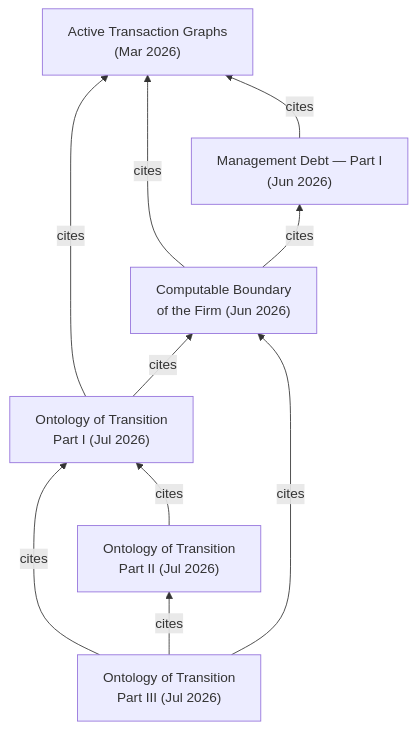
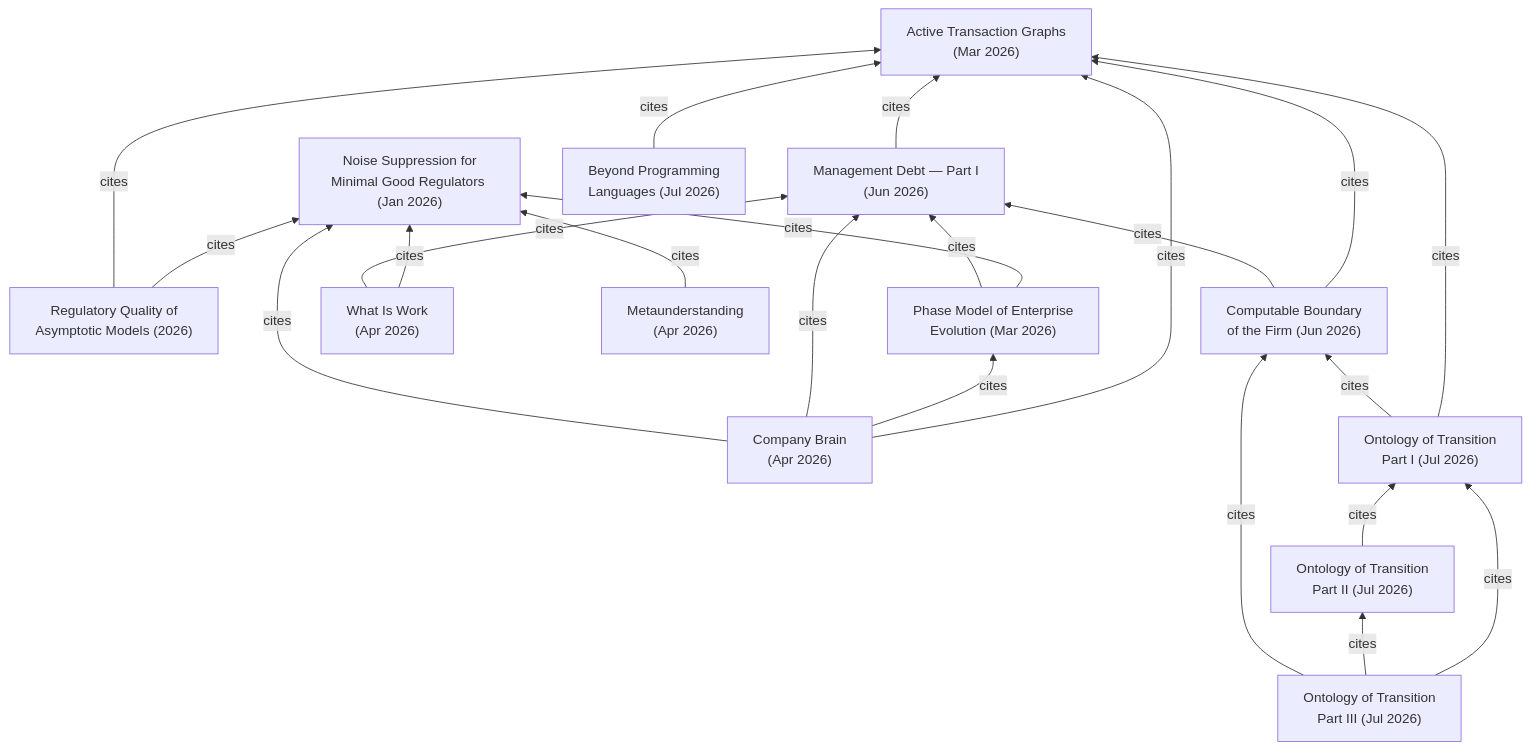
One commit to corezoid/research changed the diagram in README.md. Above: the diagram before and after it, drawn with Mermaid. The commit also changed other lines of this file and 29 other files, not shown here.

````diff
--- a/README.md
+++ b/README.md
@@ -55,19 +48,38 @@
 ```mermaid
 graph BT
+    NS["Noise Suppression for<br/>Minimal Good Regulators (Jan 2026)"]
+    RQ["Regulatory Quality of<br/>Asymptotic Models (2026)"]
     ATG["Active Transaction Graphs<br/>(Mar 2026)"]
+    PM["Phase Model of Enterprise<br/>Evolution (Mar 2026)"]
+    CB["Company Brain<br/>(Apr 2026)"]
+    WIW["What Is Work<br/>(Apr 2026)"]
+    MU["Metaunderstanding<br/>(Apr 2026)"]
     CBF["Computable Boundary<br/>of the Firm (Jun 2026)"]
     MD1["Management Debt — Part I<br/>(Jun 2026)"]
     OT1["Ontology of Transition<br/>Part I (Jul 2026)"]
     OT2["Ontology of Transition<br/>Part II (Jul 2026)"]
     OT3["Ontology of Transition<br/>Part III (Jul 2026)"]
+    BPL["Beyond Programming<br/>Languages (Jul 2026)"]
 
+    RQ -->|cites| NS
+    RQ -->|cites| ATG
+    PM -->|cites| NS
+    PM -->|cites| MD1
+    CB -->|cites| ATG
+    CB -->|cites| PM
+    CB -->|cites| MD1
+    CB -->|cites| NS
+    WIW -->|cites| NS
+    WIW -->|cites| MD1
+    MU -->|cites| NS
     CBF -->|cites| ATG
     CBF -->|cites| MD1
     MD1 -->|cites| ATG
     OT1 -->|cites| ATG
     OT1 -->|cites| CBF
     OT2 -->|cites| OT1
     OT3 -->|cites| OT1
     OT3 -->|cites| OT2
     OT3 -->|cites| CBF
+    BPL -->|cites| ATG
 ```
````
